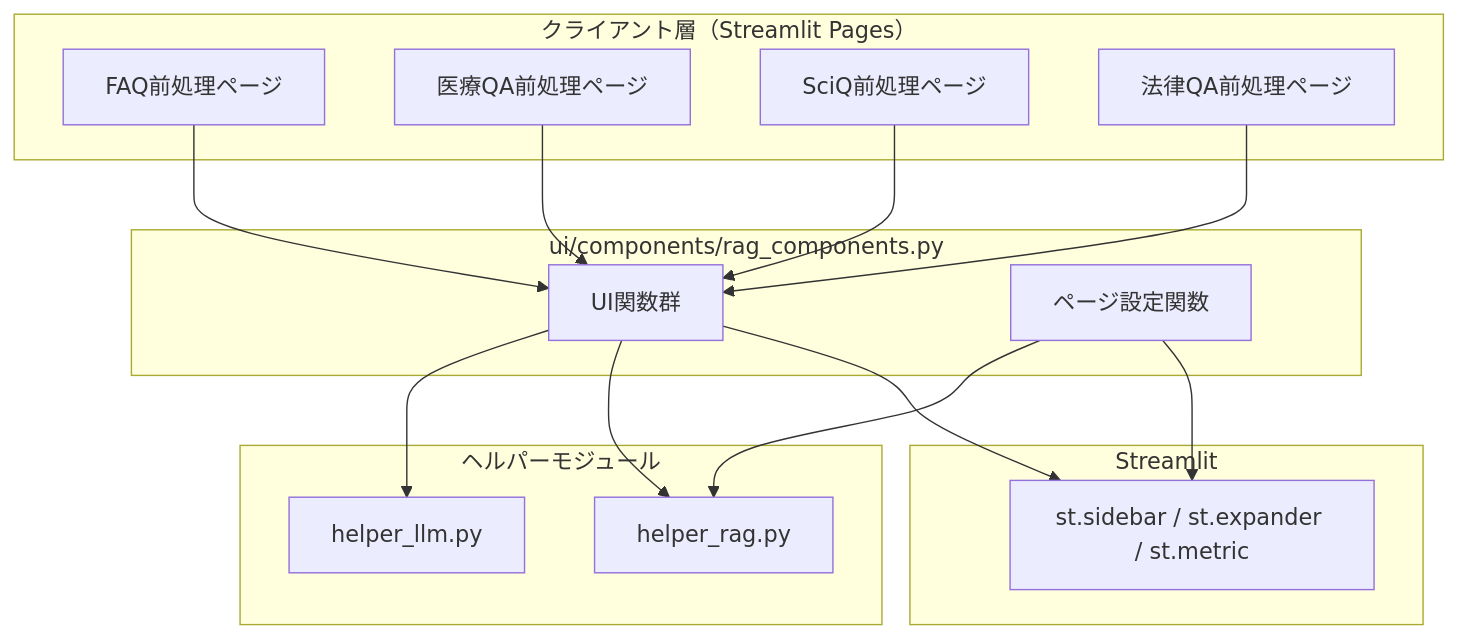
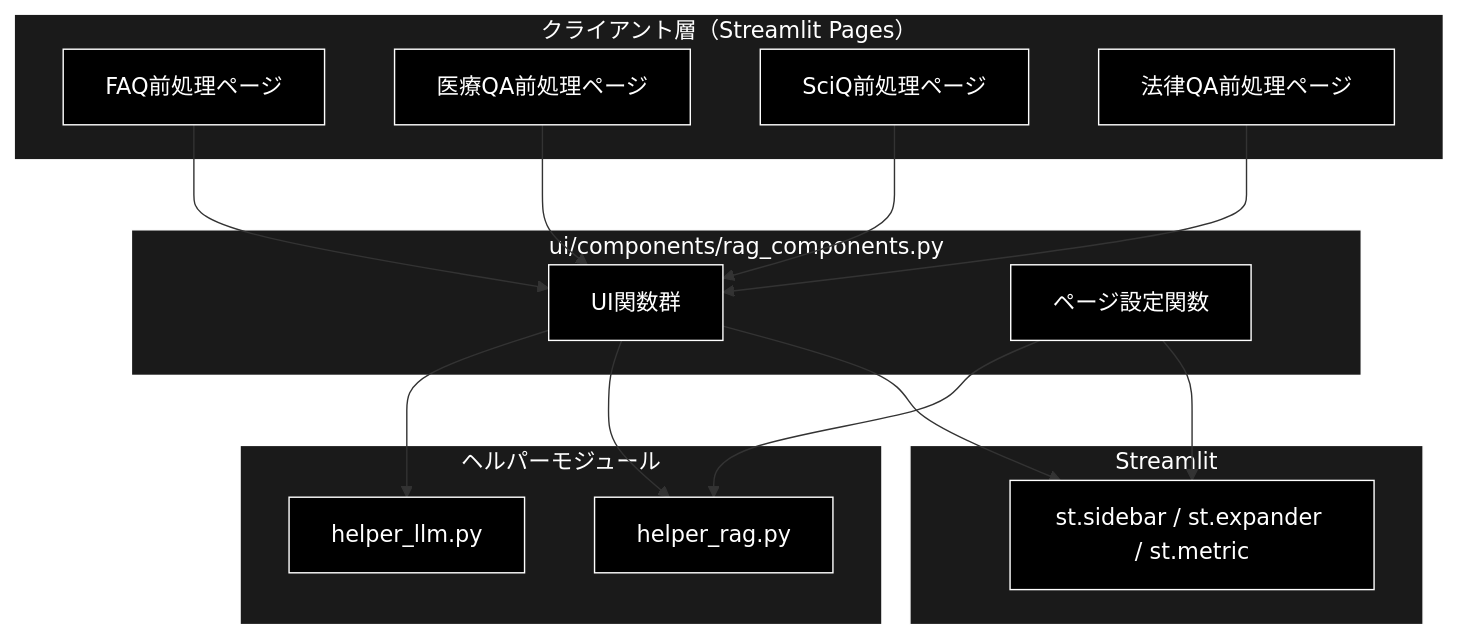
The first of 4 diagrams in ui/doc/rag_components.md (nakashima2toshio/ollama_grace_agent_v2), drawn with Mermaid before and after one commit. The commit also changed other lines of this file and 10 other files, not shown here.

````diff
--- a/ui/doc/rag_components.md
+++ b/ui/doc/rag_components.md
@@ -54,33 +54,40 @@
 ```mermaid
 flowchart TB
     subgraph CLIENT["クライアント層（Streamlit Pages）"]
         FAQ[FAQ前処理ページ]
         MED[医療QA前処理ページ]
         SCI[SciQ前処理ページ]
         LEG[法律QA前処理ページ]
     end
 
     subgraph MODULE["ui/components/rag_components.py"]
         UI_FUNC[UI関数群]
         PAGE_SETUP[ページ設定関数]
     end
 
     subgraph HELPER["ヘルパーモジュール"]
         LLM[helper_llm.py]
         RAG[helper_rag.py]
     end
 
     subgraph STREAMLIT["Streamlit"]
         ST[st.sidebar / st.expander / st.metric]
     end
 
     FAQ --> UI_FUNC
     MED --> UI_FUNC
     SCI --> UI_FUNC
     LEG --> UI_FUNC
     UI_FUNC --> LLM
     UI_FUNC --> RAG
     UI_FUNC --> ST
     PAGE_SETUP --> RAG
     PAGE_SETUP --> ST
+classDef default fill:#000,stroke:#fff,color:#fff
+classDef subgraphStyle fill:#1a1a1a,stroke:#fff,color:#fff
+class FAQ,MED,SCI,LEG,UI_FUNC,PAGE_SETUP,LLM,RAG,ST default
+style CLIENT fill:#1a1a1a,stroke:#fff,color:#fff
+style MODULE fill:#1a1a1a,stroke:#fff,color:#fff
+style HELPER fill:#1a1a1a,stroke:#fff,color:#fff
+style STREAMLIT fill:#1a1a1a,stroke:#fff,color:#fff
 ```
````
